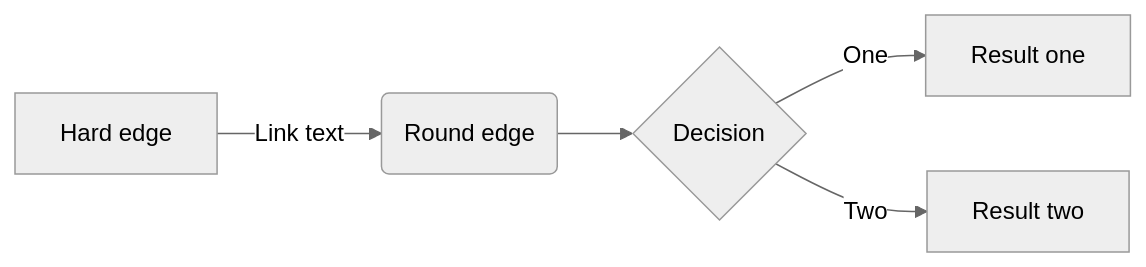
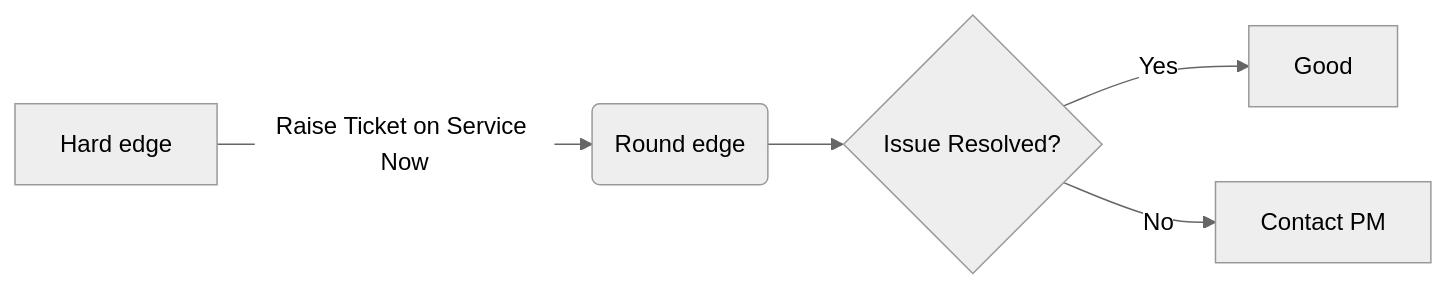
The diagram in README.md (ro-rh/boilerplate-tests), drawn with Mermaid (neutral theme) before and after one commit. The commit also changed other lines of this file, not shown here.

````diff
--- a/README.md
+++ b/README.md
@@ -71,7 +85,7 @@
 ```mermaid
 flowchart LR
-    A[Hard edge] -->|Link text| B(Round edge)
-    B --> C{Decision}
-    C -->|One| D[Result one]
-    C -->|Two| E[Result two]
+    A[Hard edge] -->|Raise Ticket on Service Now| B(Round edge)
+    B --> C{Issue Resolved?}
+    C -->|Yes| D[Good]
+    C -->|No| E[Contact PM]
 ```
````
